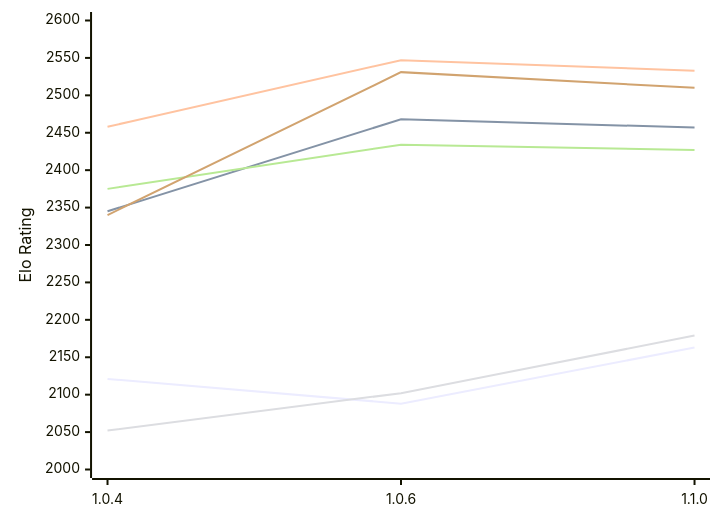
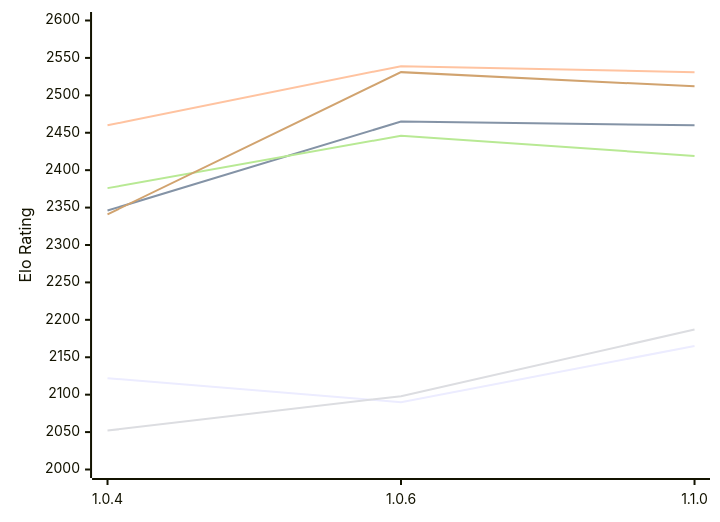
The diagram in engines/Ankax.md (computer-chess-index/cci), drawn with Mermaid before and after one commit. The commit also changed other lines of this file, not shown here.

Commit message:
Update CCI Ratings (ELO VLTC) - 2026-11-26

````diff
--- a/engines/Ankax.md
+++ b/engines/Ankax.md
@@ -51,12 +51,12 @@
 ```mermaid
 %%{init: {"theme":"base","themeVariables":{"seriesColors:['#a3a3a3','#222221','#faa371']}}}%%
 xychart-beta
   x-axis ["1.0.4", "1.0.6", "1.1.0"]
   y-axis "Elo Rating" 2000 --> 2600
-  line "E1: STC (8.0+0.08s)" [2121, 2088, 2163]
-  line "E1: LTC (60.0+0.60s)" [2345, 2468, 2457]
-  line "E1: VLTC (2m24s+1.12s)" [2458, 2547, 2533]
-  line "P1: STC (8.0+0.08s)" [2052, 2102, 2179]
-  line "P1: LTC (60.0+0.60s)" [2375, 2434, 2427]
-  line "P1: VLTC (2m24s+1.12s)" [2340, 2531, 2510]
+  line "E1: STC (8.0+0.08s)" [2122, 2090, 2165]
+  line "E1: LTC (60.0+0.60s)" [2346, 2465, 2460]
+  line "E1: VLTC (2m24s+1.12s)" [2460, 2539, 2531]
+  line "P1: STC (8.0+0.08s)" [2052, 2098, 2187]
+  line "P1: LTC (60.0+0.60s)" [2376, 2446, 2419]
+  line "P1: VLTC (2m24s+1.12s)" [2341, 2531, 2512]
 ```
````
